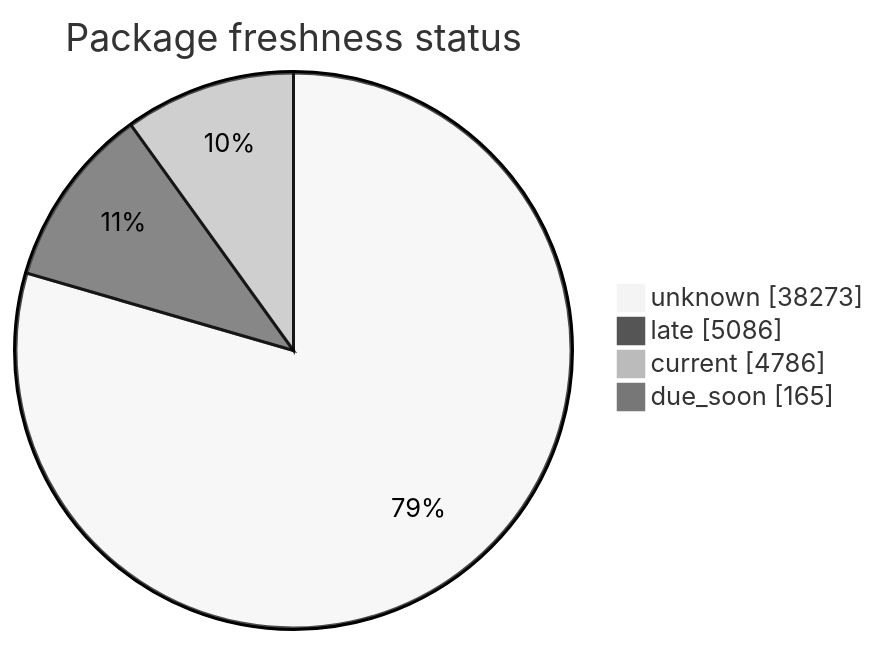
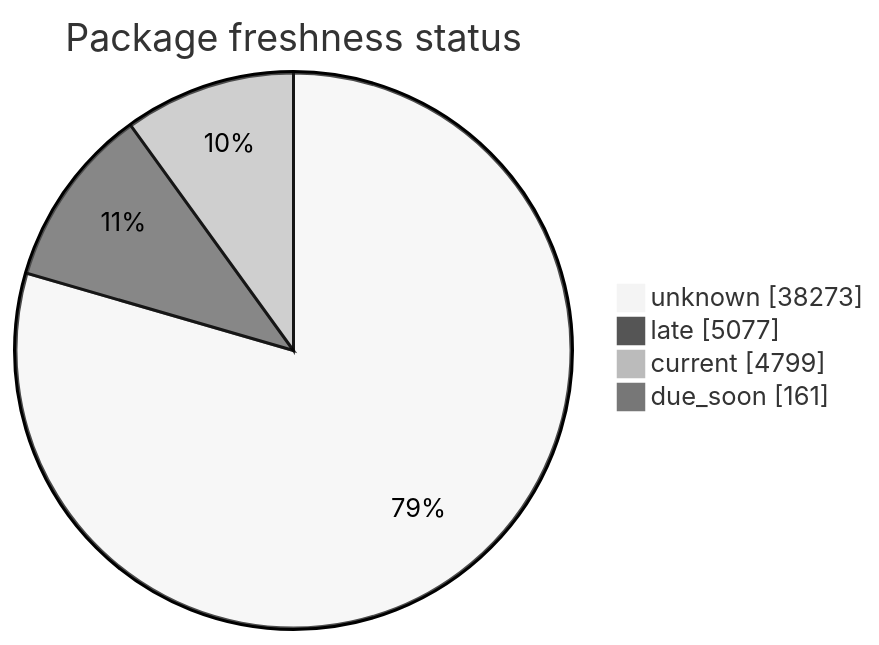
One commit to open-data/analytics-corporate-reporting changed the second of 5 diagrams in FreshCheck/README.md. Above: the diagram before and after it, drawn with Mermaid (neutral theme). The commit also changed other lines of this file and 3 other files, not shown here.

````diff
--- a/FreshCheck/README.md
+++ b/FreshCheck/README.md
@@ -68,7 +68,7 @@
 ```mermaid
 pie showData title Package freshness status
     "unknown": 38273
-    "late": 5086
-    "current": 4786
-    "due_soon": 165
+    "late": 5077
+    "current": 4799
+    "due_soon": 161
 ```
````
